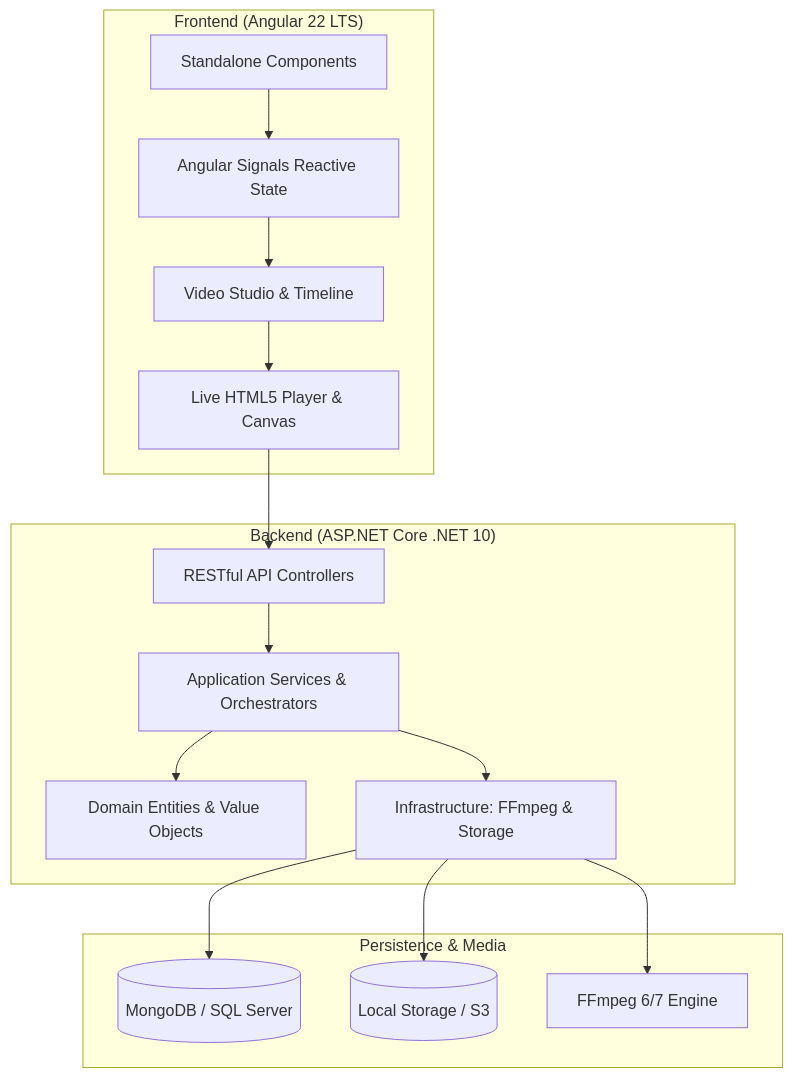
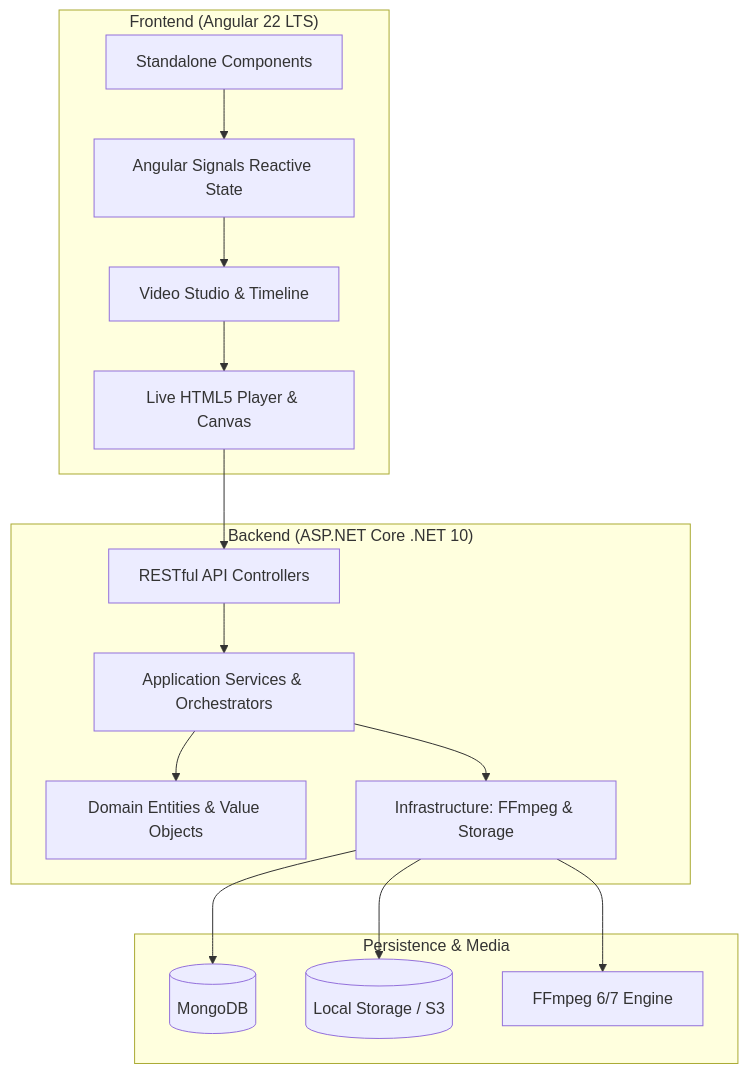
Before and after one commit to keshavsingh3197/Keshav-AnimStudio-AI: the diagram in README.md, drawn with Mermaid. The commit also changed other lines of this file and 45 other files, not shown here.

First line of the commit message:
feat(database): remove SQL Server, MongoDB is the only database (#48)

````diff
--- a/README.md
+++ b/README.md
@@ -158,33 +158,33 @@
 ```mermaid
 flowchart TD
     subgraph Frontend ["Frontend (Angular 22 LTS)"]
         UI[Standalone Components]
         Signals[Angular Signals Reactive State]
         Studio[Video Studio & Timeline]
         Preview[Live HTML5 Player & Canvas]
     end
 
     subgraph Backend ["Backend (ASP.NET Core .NET 10)"]
         API[RESTful API Controllers]
         App[Application Services & Orchestrators]
         Domain[Domain Entities & Value Objects]
         Infra[Infrastructure: FFmpeg & Storage]
     end
 
     subgraph StorageEngine ["Persistence & Media"]
-        DB[(MongoDB / SQL Server)]
+        DB[(MongoDB)]
         Disk[(Local Storage / S3)]
         FFmpeg[FFmpeg 6/7 Engine]
     end
 
     UI --> Signals
     Signals --> Studio
     Studio --> Preview
     Preview --> API
     API --> App
     App --> Domain
     App --> Infra
     Infra --> DB
     Infra --> Disk
     Infra --> FFmpeg
 ```
````
